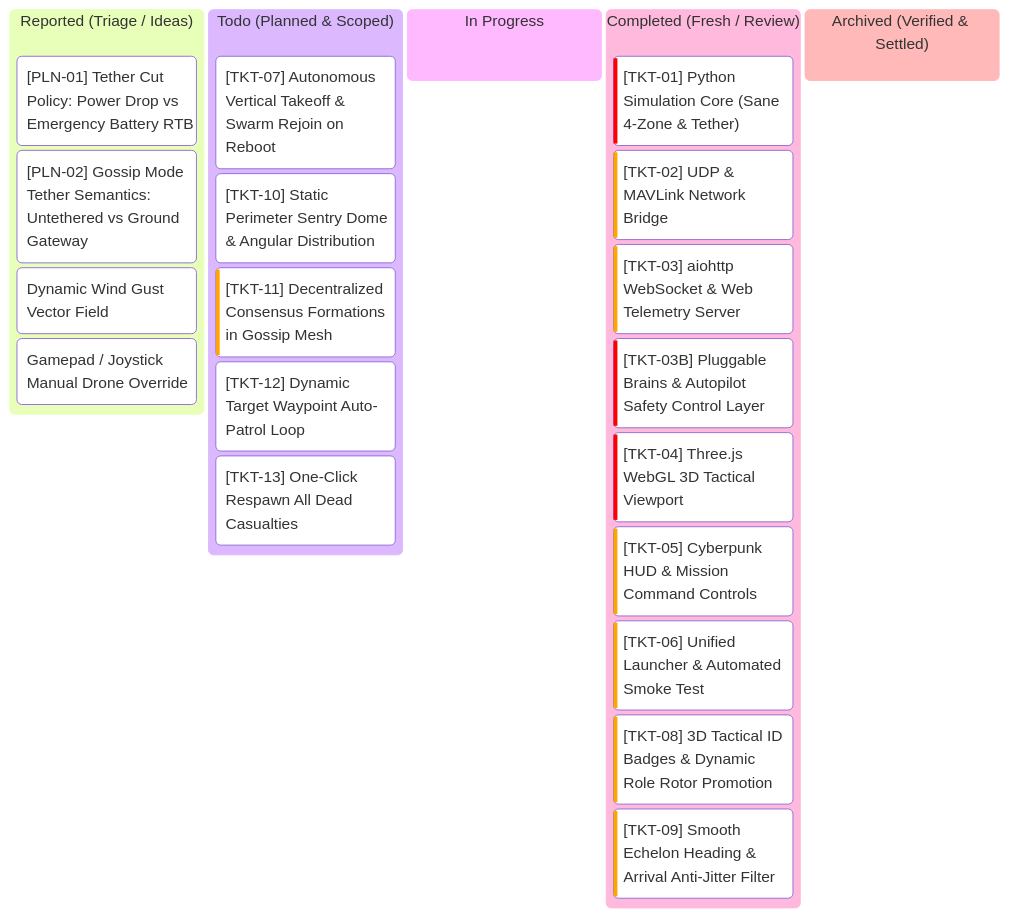
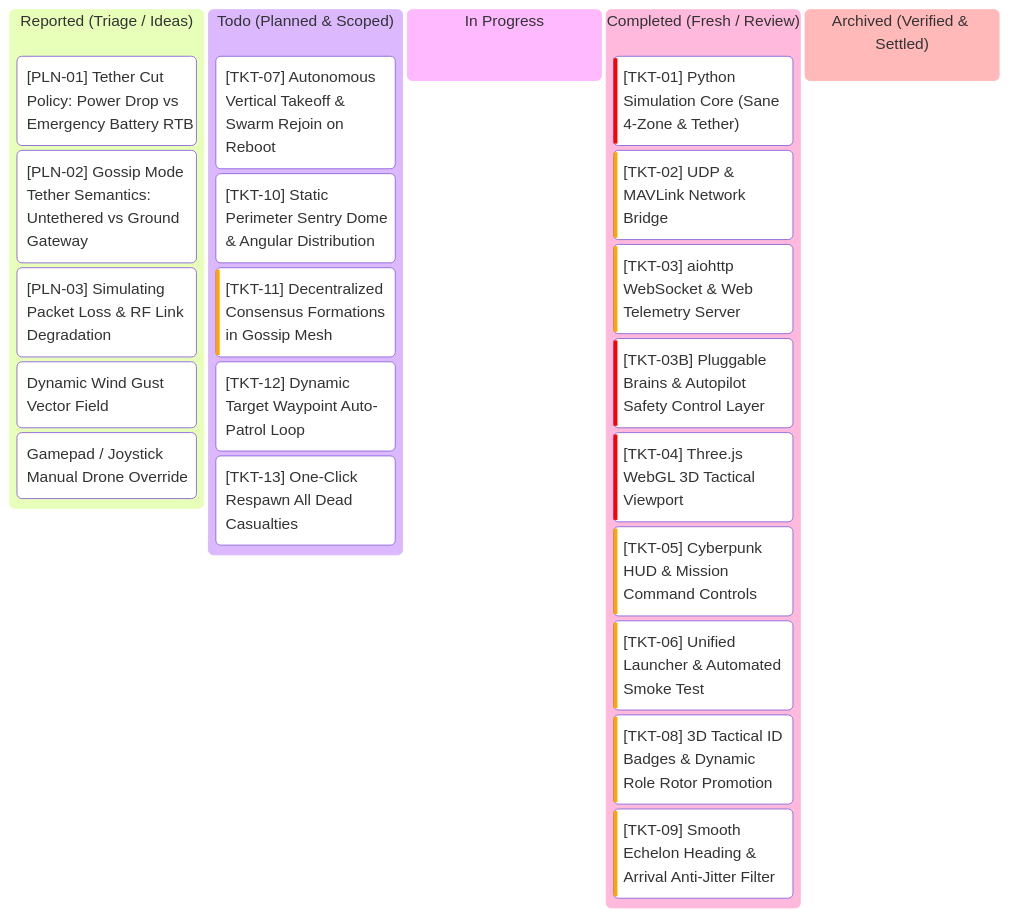
One commit to AlitheiaDeus/SwarmTech_v3-Uprising changed the diagram in kanban.md. Above: the diagram before and after it, drawn with Mermaid. The commit also changed other lines of this file, not shown here.

Commit message:
docs(kanban): add PLN-03 ticket for packet loss & RF degradation model

````diff
--- a/kanban.md
+++ b/kanban.md
@@ -7,26 +7,27 @@
 ```mermaid
 kanban
   reported["Reported (Triage / Ideas)"]
     pln1["[PLN-01] Tether Cut Policy: Power Drop vs Emergency Battery RTB"]
     pln2["[PLN-02] Gossip Mode Tether Semantics: Untethered vs Ground Gateway"]
+    pln3["[PLN-03] Simulating Packet Loss & RF Link Degradation"]
     idea1["Dynamic Wind Gust Vector Field"]
     idea2["Gamepad / Joystick Manual Drone Override"]
   todo["Todo (Planned & Scoped)"]
     tkt7["[TKT-07] Autonomous Vertical Takeoff & Swarm Rejoin on Reboot"]@{ priority: 'Medium' }
     tkt10["[TKT-10] Static Perimeter Sentry Dome & Angular Distribution"]@{ priority: 'Medium' }
     tkt11["[TKT-11] Decentralized Consensus Formations in Gossip Mesh"]@{ priority: 'High' }
     tkt12["[TKT-12] Dynamic Target Waypoint Auto-Patrol Loop"]@{ priority: 'Medium' }
     tkt13["[TKT-13] One-Click Respawn All Dead Casualties"]@{ priority: 'Medium' }
   in_progress["In Progress"]
   completed["Completed (Fresh / Review)"]
     tkt1["[TKT-01] Python Simulation Core (Sane 4-Zone & Tether)"]@{ priority: 'Very High' }
     tkt2["[TKT-02] UDP & MAVLink Network Bridge"]@{ priority: 'High' }
     tkt3["[TKT-03] aiohttp WebSocket & Web Telemetry Server"]@{ priority: 'High' }
     tkt3b["[TKT-03B] Pluggable Brains & Autopilot Safety Control Layer"]@{ priority: 'Very High' }
     tkt4["[TKT-04] Three.js WebGL 3D Tactical Viewport"]@{ priority: 'Very High' }
     tkt5["[TKT-05] Cyberpunk HUD & Mission Command Controls"]@{ priority: 'High' }
     tkt6["[TKT-06] Unified Launcher & Automated Smoke Test"]@{ priority: 'High' }
     tkt8["[TKT-08] 3D Tactical ID Badges & Dynamic Role Rotor Promotion"]@{ priority: 'High' }
     tkt9["[TKT-09] Smooth Echelon Heading & Arrival Anti-Jitter Filter"]@{ priority: 'High' }
   archived["Archived (Verified & Settled)"]
 ```
````
